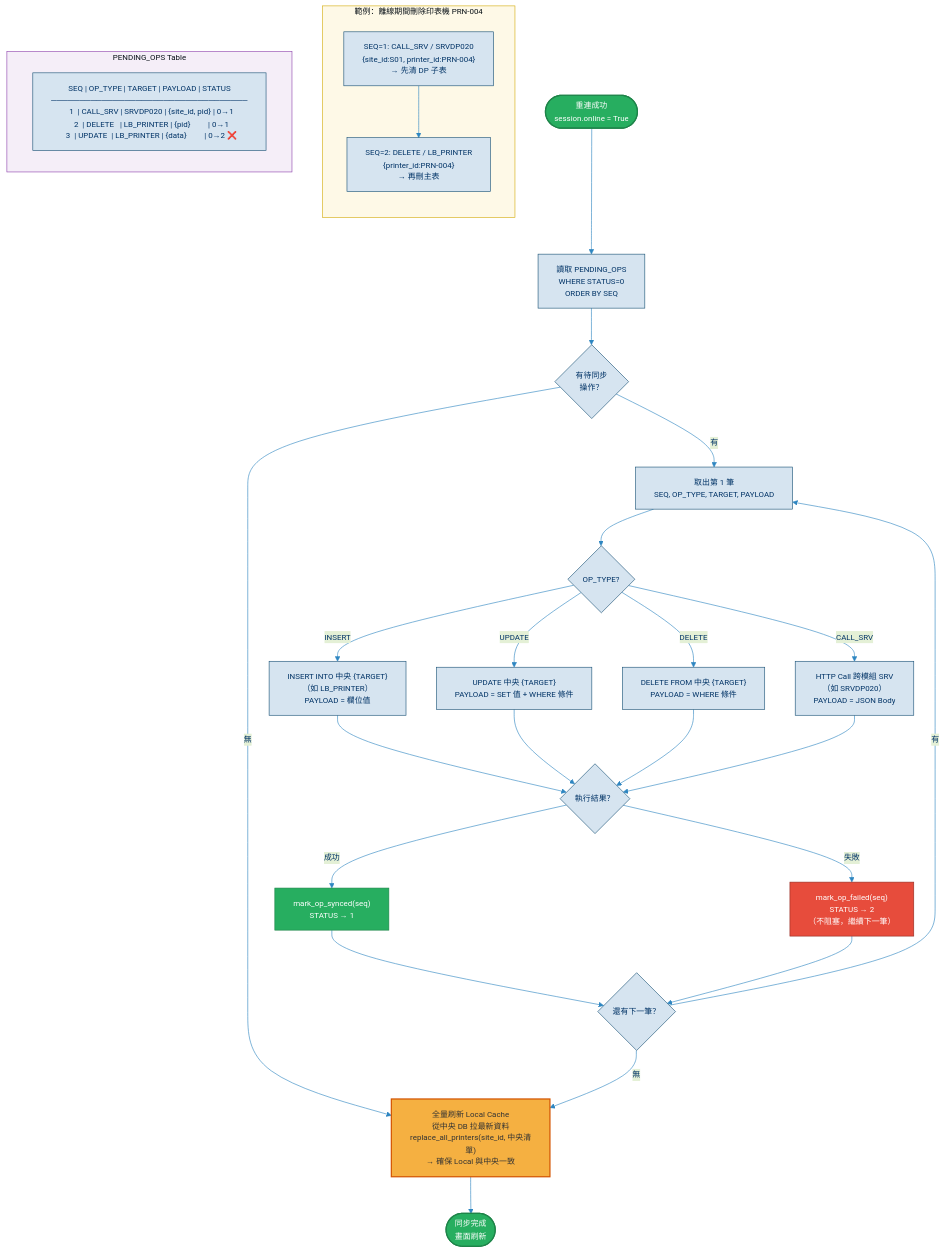
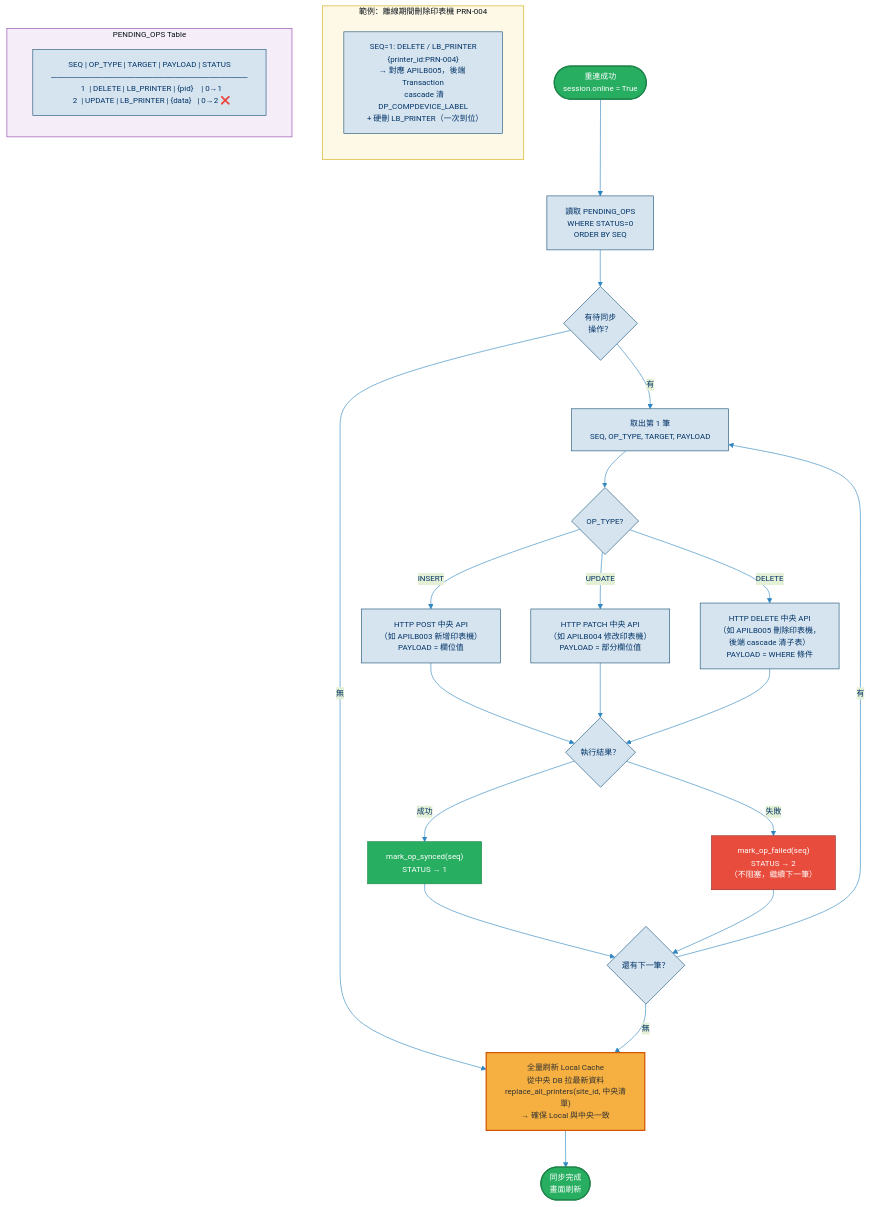
The diagram in docs/specs/lb/images/local-sync-flow.mmd (sti-fhb/LB_TBMS), drawn with Mermaid before and after one commit. The commit also changed 18 other files, not shown here.

```diff
--- a/docs/specs/lb/images/local-sync-flow.mmd
+++ b/docs/specs/lb/images/local-sync-flow.mmd
@@ -1,58 +1,53 @@
 %%{init: {'theme': 'base', 'themeVariables': {'primaryColor': '#D6E4F0', 'primaryTextColor': '#003366', 'primaryBorderColor': '#1A5276', 'lineColor': '#2E86C1', 'fontSize': '13px'}, 'flowchart': {'nodeSpacing': 50, 'rankSpacing': 60}}}%%
 flowchart TD
     START(["重連成功<br/>session.online = True"]) --> READ["讀取 PENDING_OPS<br/>WHERE STATUS=0<br/>ORDER BY SEQ"]
 
     READ --> CHECK{"有待同步<br/>操作？"}
     CHECK -->|"無"| REFRESH
 
     CHECK -->|"有"| PICK["取出第 1 筆<br/>SEQ, OP_TYPE, TARGET, PAYLOAD"]
 
     PICK --> SWITCH{"OP_TYPE?"}
 
-    SWITCH -->|"INSERT"| OP_INS["INSERT INTO 中央 {TARGET}<br/>（如 LB_PRINTER）<br/>PAYLOAD = 欄位值"]
-    SWITCH -->|"UPDATE"| OP_UPD["UPDATE 中央 {TARGET}<br/>PAYLOAD = SET 值 + WHERE 條件"]
-    SWITCH -->|"DELETE"| OP_DEL["DELETE FROM 中央 {TARGET}<br/>PAYLOAD = WHERE 條件"]
-    SWITCH -->|"CALL_SRV"| OP_SRV["HTTP Call 跨模組 SRV<br/>（如 SRVDP020）<br/>PAYLOAD = JSON Body"]
+    SWITCH -->|"INSERT"| OP_INS["HTTP POST 中央 API<br/>（如 APILB003 新增印表機）<br/>PAYLOAD = 欄位值"]
+    SWITCH -->|"UPDATE"| OP_UPD["HTTP PATCH 中央 API<br/>（如 APILB004 修改印表機）<br/>PAYLOAD = 部分欄位值"]
+    SWITCH -->|"DELETE"| OP_DEL["HTTP DELETE 中央 API<br/>（如 APILB005 刪除印表機，<br/>後端 cascade 清子表）<br/>PAYLOAD = WHERE 條件"]
 
     OP_INS --> RESULT
     OP_UPD --> RESULT
     OP_DEL --> RESULT
-    OP_SRV --> RESULT
 
     RESULT{"執行結果？"}
     RESULT -->|"成功"| MARK_OK["mark_op_synced(seq)<br/>STATUS → 1"]
     RESULT -->|"失敗"| MARK_FAIL["mark_op_failed(seq)<br/>STATUS → 2<br/>（不阻塞，繼續下一筆）"]
 
     MARK_OK --> NEXT{"還有下一筆？"}
     MARK_FAIL --> NEXT
 
     NEXT -->|"有"| PICK
     NEXT -->|"無"| REFRESH
 
     REFRESH["全量刷新 Local Cache<br/>從中央 DB 拉最新資料<br/>replace_all_printers(site_id, 中央清單)<br/>→ 確保 Local 與中央一致"]
 
     REFRESH --> DONE(["同步完成<br/>畫面刷新"])
 
     subgraph EXAMPLE["範例：離線期間刪除印表機 PRN-004"]
         direction TB
-        EX1["SEQ=1: CALL_SRV / SRVDP020<br/>{site_id:S01, printer_id:PRN-004}<br/>→ 先清 DP 子表"]
-        EX2["SEQ=2: DELETE / LB_PRINTER<br/>{printer_id:PRN-004}<br/>→ 再刪主表"]
-        EX1 --> EX2
+        EX1["SEQ=1: DELETE / LB_PRINTER<br/>{printer_id:PRN-004}<br/>→ 對應 APILB005，後端 Transaction<br/>  cascade 清 DP_COMPDEVICE_LABEL<br/>  + 硬刪 LB_PRINTER（一次到位）"]
     end
 
     subgraph PENDING["PENDING_OPS Table"]
         direction LR
-        COL["SEQ | OP_TYPE | TARGET | PAYLOAD | STATUS<br/>───────────────────────────────────<br/>  1  | CALL_SRV | SRVDP020 | {site_id, pid} | 0→1<br/>  2  | DELETE   | LB_PRINTER | {pid}         | 0→1<br/>  3  | UPDATE  | LB_PRINTER | {data}         | 0→2 ❌"]
+        COL["SEQ | OP_TYPE | TARGET | PAYLOAD | STATUS<br/>───────────────────────────────────<br/>  1  | DELETE | LB_PRINTER | {pid}    | 0→1<br/>  2  | UPDATE | LB_PRINTER | {data}   | 0→2 ❌"]
     end
 
     style START fill:#27AE60,stroke:#1E8449,color:#FFF,stroke-width:2px
     style DONE fill:#27AE60,stroke:#1E8449,color:#FFF,stroke-width:2px
     style REFRESH fill:#F5B041,stroke:#D35400,color:#333,stroke-width:2px
     style MARK_OK fill:#27AE60,stroke:#1E8449,color:#FFF
     style MARK_FAIL fill:#E74C3C,stroke:#922B21,color:#FFF
     style OP_INS fill:#D6E4F0,stroke:#1A5276
     style OP_UPD fill:#D6E4F0,stroke:#1A5276
     style OP_DEL fill:#D6E4F0,stroke:#1A5276
-    style OP_SRV fill:#D6E4F0,stroke:#1A5276
     style EXAMPLE fill:#FEF9E7,stroke:#D4AC0D,stroke-width:1px
     style PENDING fill:#F5EEF8,stroke:#8E44AD,stroke-width:1px
```
